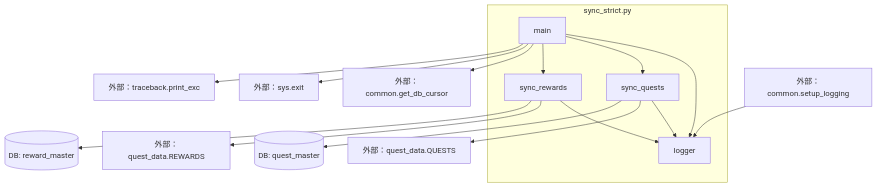
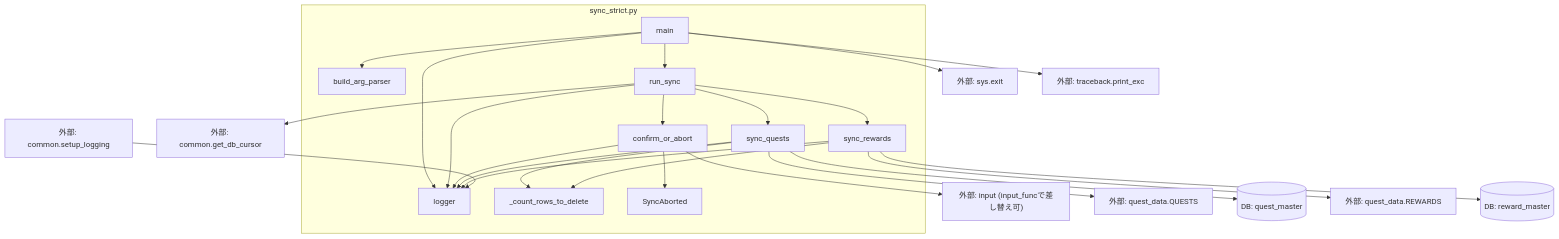
The second of 2 diagrams in docs/specifications/MY_HOME_SYSTEM/sync_strict.md (mmtigers/my_python_project), drawn with Mermaid before and after one commit. The commit also changed other lines of this file and 2 other files, not shown here.

First line of the commit message:
fix(quest): sync_strict.py経由のquest_master UpsertでALTER TABLE由来の不正reset_periodが再発する不具合を修正 (#100)

````diff
--- a/docs/specifications/MY_HOME_SYSTEM/sync_strict.md
+++ b/docs/specifications/MY_HOME_SYSTEM/sync_strict.md
@@ -156,27 +202,42 @@
 ```mermaid
 graph TD
     subgraph sync_strict.py
         logger
+        count_rows["_count_rows_to_delete"]
         sync_quests
         sync_rewards
+        build_arg_parser
+        SyncAborted
+        confirm_or_abort
+        run_sync
         main
     end
 
+    main --> build_arg_parser
+    main --> run_sync
     main --> logger
-    main --> sync_quests
-    main --> sync_rewards
-    main --> Ext_GetCursor["外部：common.get_db_cursor"]
-    main --> Ext_SysExit["外部：sys.exit"]
-    main --> Ext_Traceback["外部：traceback.print_exc"]
+    main --> Ext_SysExit["外部: sys.exit"]
+    main --> Ext_Traceback["外部: traceback.print_exc"]
 
+    run_sync --> confirm_or_abort
+    run_sync --> sync_quests
+    run_sync --> sync_rewards
+    run_sync --> logger
+    run_sync --> Ext_GetCursor["外部: common.get_db_cursor"]
+
+    confirm_or_abort --> SyncAborted
+    confirm_or_abort --> logger
+    confirm_or_abort --> Ext_Input["外部: input (input_funcで差し替え可)"]
+
+    sync_quests --> count_rows
     sync_quests --> logger
-    sync_quests --> Ext_Quests["外部：quest_data.QUESTS"]
+    sync_quests --> Ext_Quests["外部: quest_data.QUESTS"]
     sync_quests --> DB_quest_master[(DB: quest_master)]
 
+    sync_rewards --> count_rows
     sync_rewards --> logger
-    sync_rewards --> Ext_Rewards["外部：quest_data.REWARDS"]
+    sync_rewards --> Ext_Rewards["外部: quest_data.REWARDS"]
     sync_rewards --> DB_reward_master[(DB: reward_master)]
 
-    Ext_SetupLogging["外部：common.setup_logging"] --> logger
-
+    Ext_SetupLogging["外部: common.setup_logging"] --> logger
 ```
````
